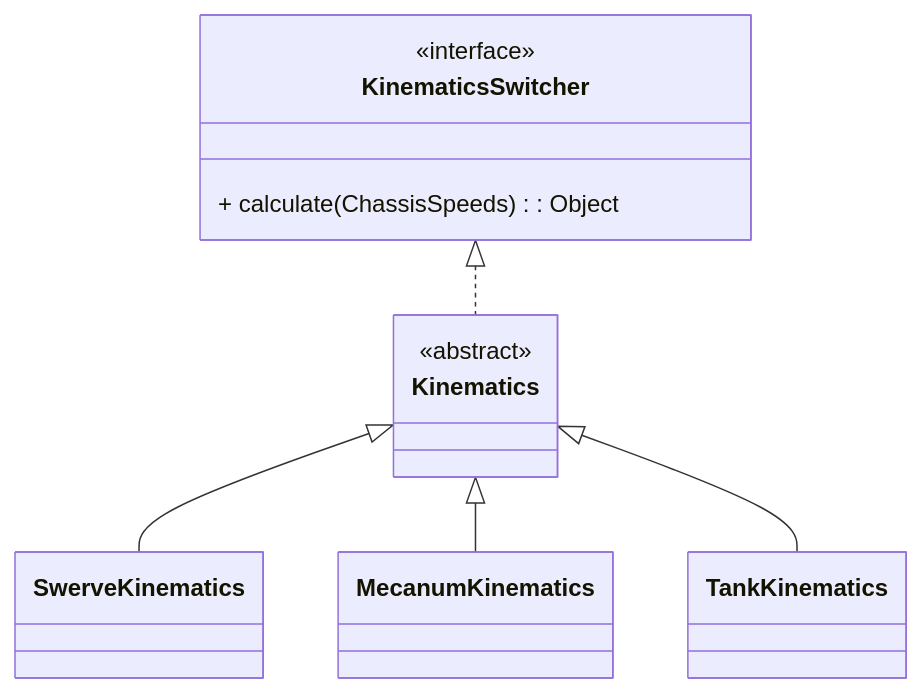
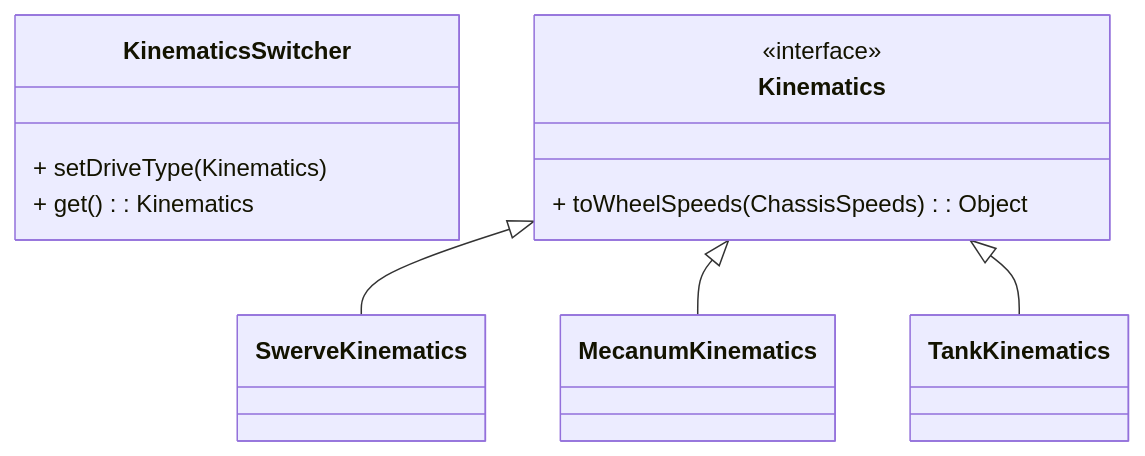
The second of 5 diagrams in ARCHITECTURE.md (Supposeduck30/MooseX), drawn with Mermaid before and after one commit. The commit also changed other lines of this file and 23 other files, not shown here.

````diff
--- a/ARCHITECTURE.md
+++ b/ARCHITECTURE.md
@@ -66,15 +65,15 @@
 ```mermaid
 classDiagram
     class KinematicsSwitcher {
-        <<interface>>
-        + calculate(ChassisSpeeds): Object
+        + setDriveType(Kinematics)
+        + get(): Kinematics
     }
     class Kinematics {
-        <<abstract>>
+        <<interface>>
+        + toWheelSpeeds(ChassisSpeeds): Object
     }
 
-    KinematicsSwitcher <|.. Kinematics
     Kinematics <|-- SwerveKinematics
     Kinematics <|-- MecanumKinematics
     Kinematics <|-- TankKinematics
 ```
````
